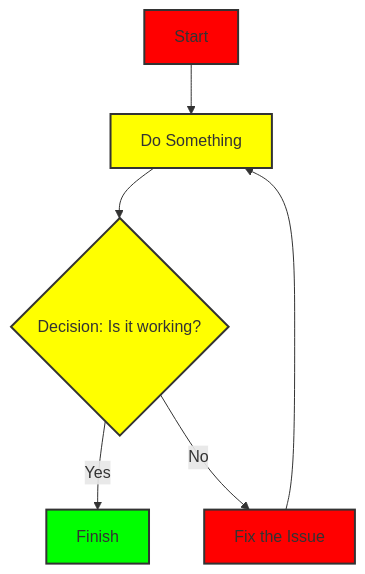
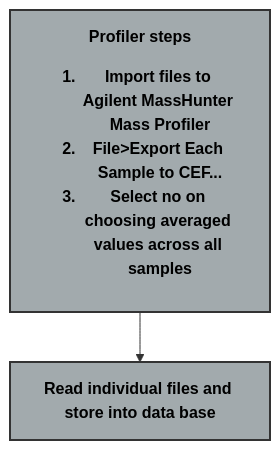
The diagram in Project organization/PIMMS flowchart.md (greg1d/PFAS-IMplementor-for-Mass-Spectrometry--PIMMS-), drawn with Mermaid before and after one commit. The commit also changed 19 other files, not shown here.

````diff
--- a/Project organization/PIMMS flowchart.md
+++ b/Project organization/PIMMS flowchart.md
@@ -3,14 +3,9 @@
 ```mermaid
 graph TD
-    A[Start] --> B[Do Something]
-    B --> C{Decision: Is it working?}
-    C -->|Yes| D[Finish]
-    C -->|No| E[Fix the Issue]
-    E --> B
+    A[Profiler steps<br><ol><li>Import files to Agilent MassHunter Mass Profiler</li><li>File>Export Each Sample to CEF...</li><li>Select no on choosing averaged values across all samples</li></ol>] --> B[Read individual files and store into data base]
 
-    style A fill:#ff0000,stroke:#333,stroke-width:2px
-    style B fill:#ffff00,stroke:#333,stroke-width:2px
-    style C fill:#ffff00,stroke:#333,stroke-width:2px
-    style D fill:#00ff00,stroke:#333,stroke-width:2px
-    style E fill:#ff0000,stroke:#333,stroke-width:2px
+
+    style A fill:#A2AAAD,stroke:#333,stroke-width:2px,color:#000000,font-weight:bold
+    style B fill:#A2AAAD,stroke:#333,stroke-width:2px,color:#000000,font-weight:bold
+
 ```
````
